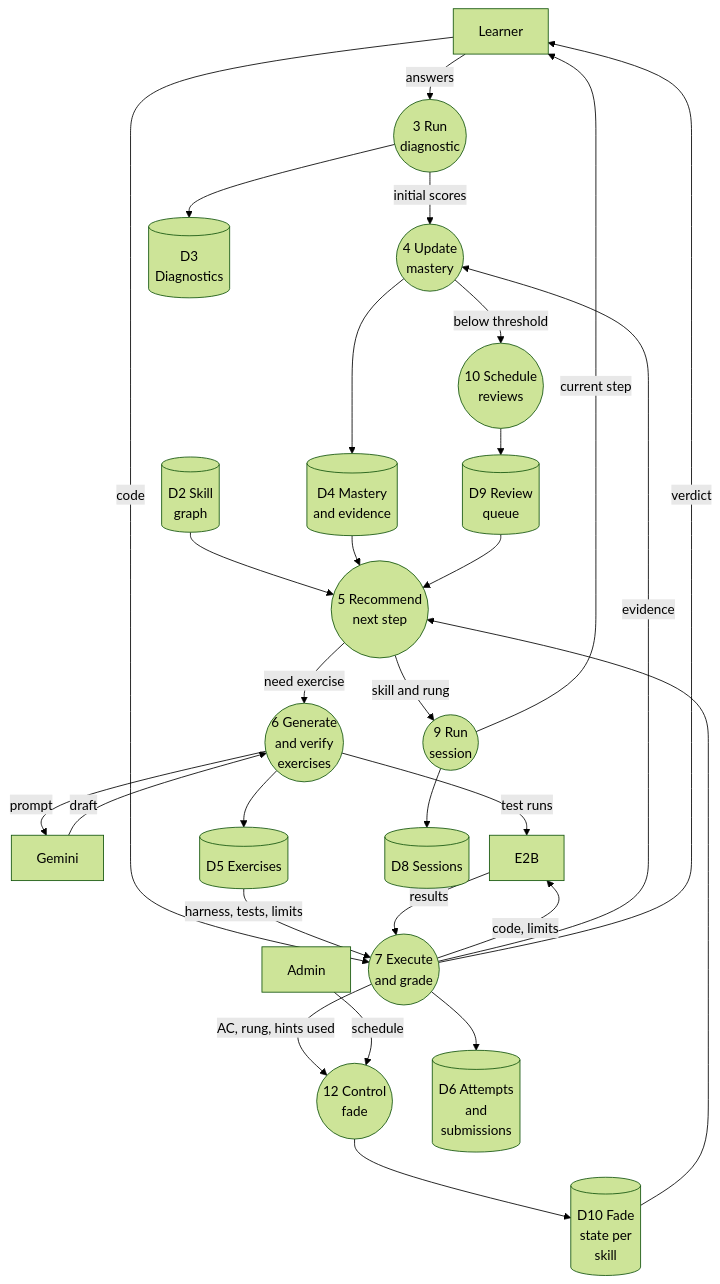
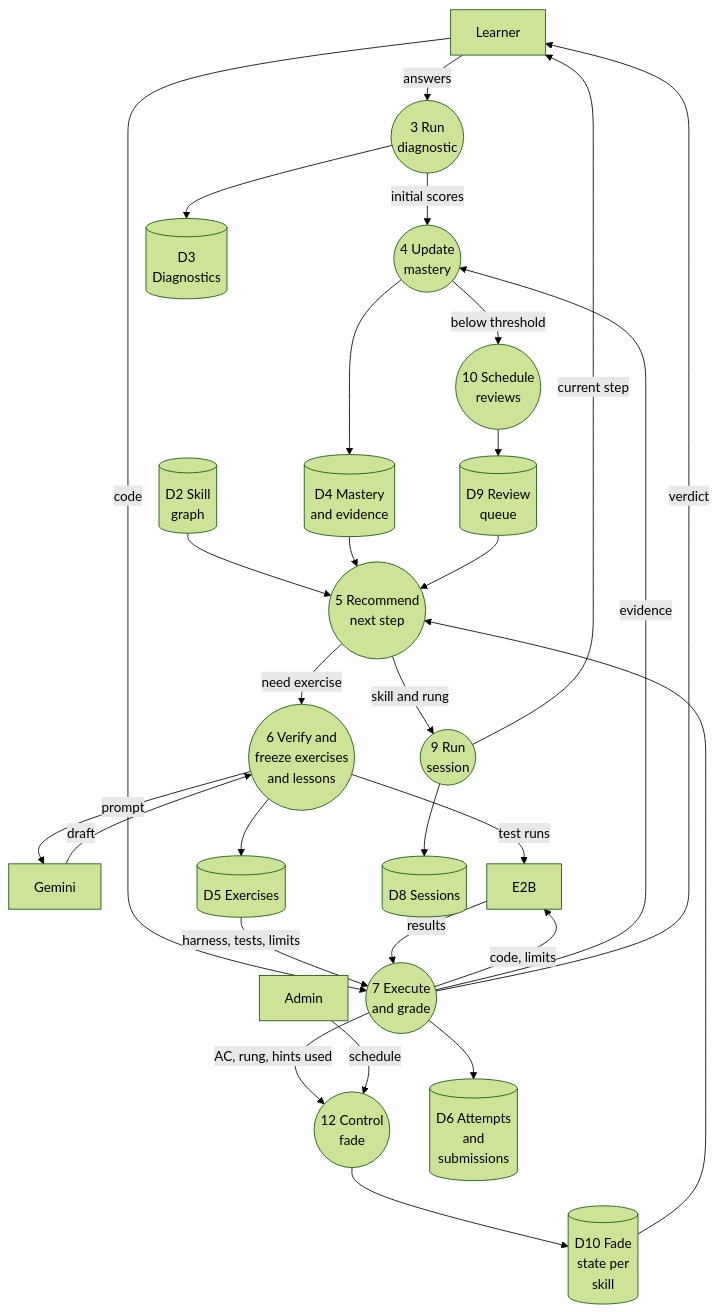
One commit to Nidanos/ai-tutor-platform changed diagram 21 of 27 in DOCS/phase-3/MP3-Draft-Report.md. Above: the diagram before and after it, drawn with Mermaid (forest theme). The commit also changed other lines of this file and 1 other file, not shown here.

Commit message:
docs: update the phase 3 report for lessons and the DSA course

````diff
--- a/DOCS/phase-3/MP3-Draft-Report.md
+++ b/DOCS/phase-3/MP3-Draft-Report.md
@@ -1064,57 +1181,57 @@
 ```mermaid
 ---
 config:
   flowchart:
     nodeSpacing: 20
     rankSpacing: 30
 ---
 flowchart TB
   L["Learner"]
   AD["Admin"]
   GEM["Gemini"]
   SBX["E2B"]
   P3(("3 Run<br/>diagnostic"))
   P4(("4 Update<br/>mastery"))
   P5(("5 Recommend<br/>next step"))
-  P6(("6 Generate<br/>and verify<br/>exercises"))
+  P6(("6 Verify and<br/>freeze exercises<br/>and lessons"))
   P7(("7 Execute<br/>and grade"))
   P9(("9 Run<br/>session"))
   P10(("10 Schedule<br/>reviews"))
   P12(("12 Control<br/>fade"))
   D2[("D2 Skill<br/>graph")]
   D3[("D3<br/>Diagnostics")]
   D4[("D4 Mastery<br/>and evidence")]
   D5[("D5 Exercises")]
   D6[("D6 Attempts<br/>and<br/>submissions")]
   D8[("D8 Sessions")]
   D9[("D9 Review<br/>queue")]
   D10[("D10 Fade<br/>state per<br/>skill")]
   L -->|answers| P3
   P3 --> D3
   P3 -->|initial scores| P4
   P4 --> D4
   P4 -->|below threshold| P10
   P10 --> D9
   D2 --> P5
   D4 --> P5
   D9 --> P5
   D10 --> P5
   P5 -->|skill and rung| P9
   P9 --> D8
   P9 -->|current step| L
   P5 -->|need exercise| P6
   P6 -->|prompt| GEM
   GEM -->|draft| P6
   P6 -->|test runs| SBX
   P6 --> D5
   L -->|code| P7
   D5 -->|harness, tests, limits| P7
   P7 -->|code, limits| SBX
   SBX -->|results| P7
   P7 --> D6
   P7 -->|evidence| P4
   P7 -->|verdict| L
   P7 -->|AC, rung, hints used| P12
   AD -->|schedule| P12
   P12 --> D10
 ```
````
